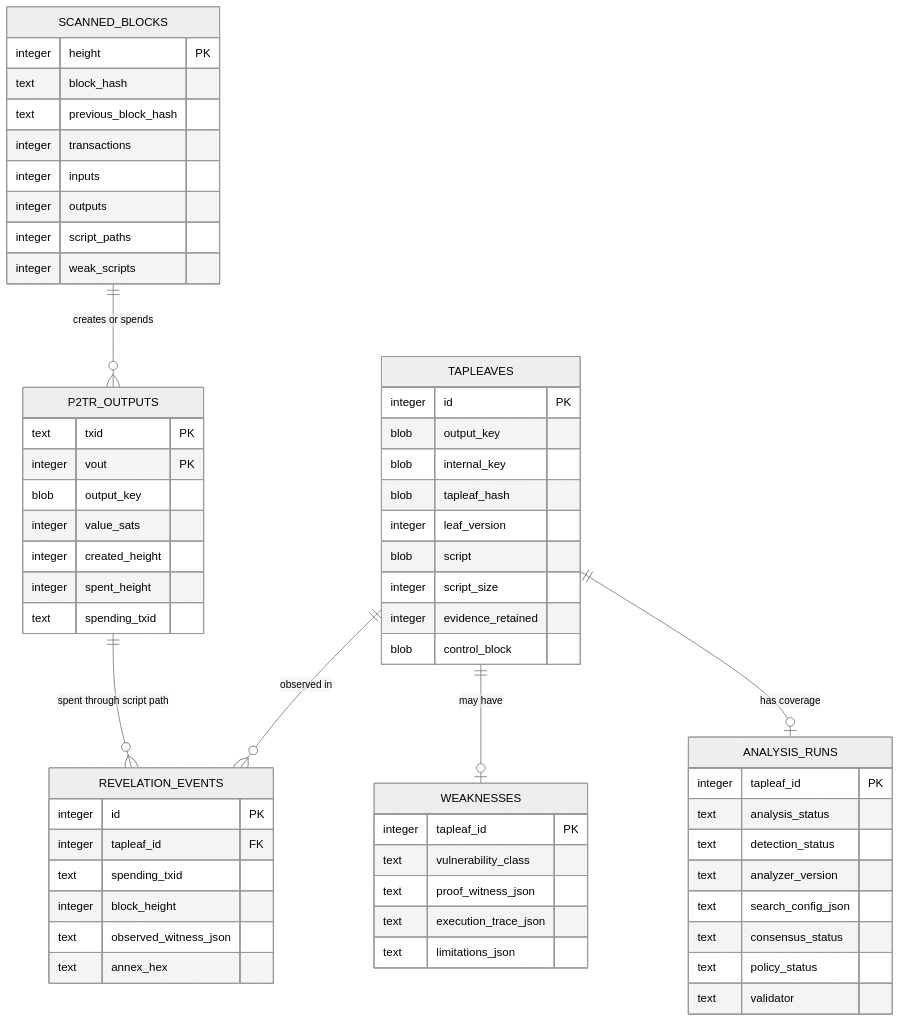
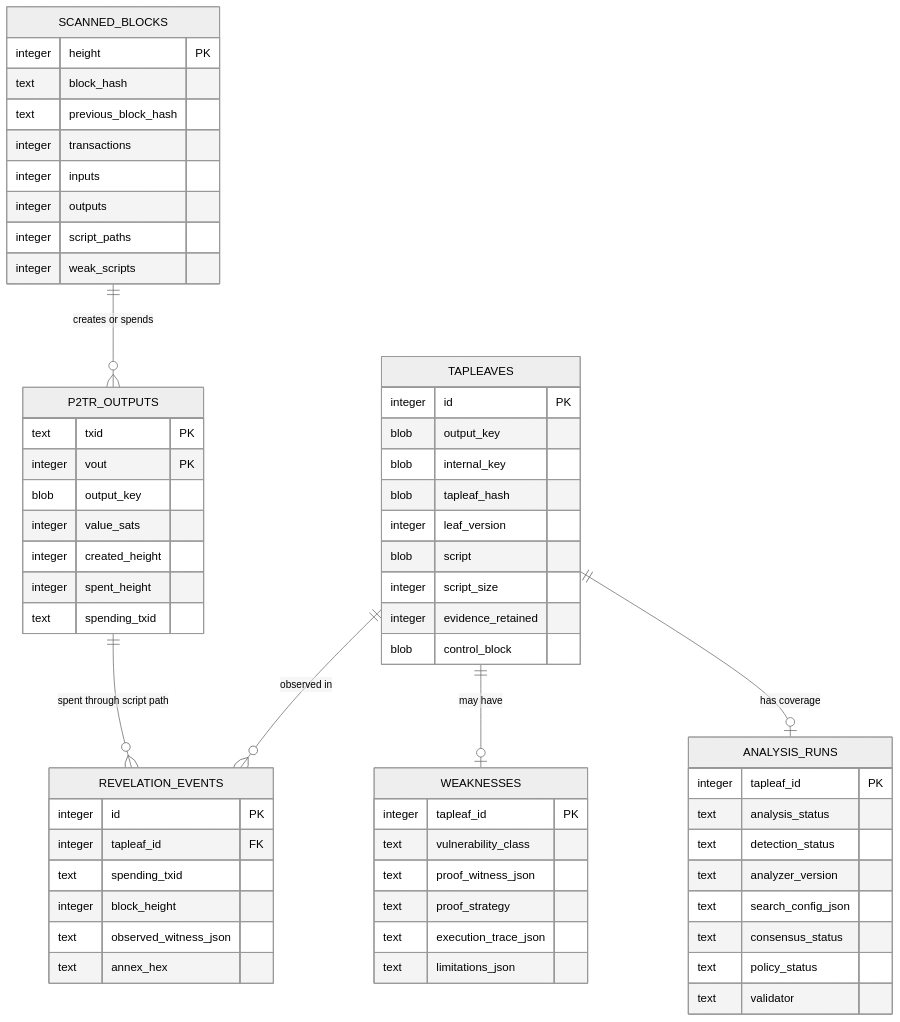
The second of 2 diagrams in docs/architecture.md (smallyunet/tapscript_weak_finder), drawn with Mermaid (neutral theme) before and after one commit. The commit also changed other lines of this file and 5 other files, not shown here.

````diff
--- a/docs/architecture.md
+++ b/docs/architecture.md
@@ -202,69 +206,70 @@
 ```mermaid
 erDiagram
     SCANNED_BLOCKS ||--o{ P2TR_OUTPUTS : "creates or spends"
     P2TR_OUTPUTS ||--o{ REVELATION_EVENTS : "spent through script path"
     TAPLEAVES ||--o{ REVELATION_EVENTS : "observed in"
     TAPLEAVES ||--o| WEAKNESSES : "may have"
     TAPLEAVES ||--o| ANALYSIS_RUNS : "has coverage"
 
     SCANNED_BLOCKS {
         integer height PK
         text block_hash
         text previous_block_hash
         integer transactions
         integer inputs
         integer outputs
         integer script_paths
         integer weak_scripts
     }
 
     P2TR_OUTPUTS {
         text txid PK
         integer vout PK
         blob output_key
         integer value_sats
         integer created_height
         integer spent_height
         text spending_txid
     }
 
     TAPLEAVES {
         integer id PK
         blob output_key
         blob internal_key
         blob tapleaf_hash
         integer leaf_version
         blob script
         integer script_size
         integer evidence_retained
         blob control_block
     }
 
     REVELATION_EVENTS {
         integer id PK
         integer tapleaf_id FK
         text spending_txid
         integer block_height
         text observed_witness_json
         text annex_hex
     }
 
     WEAKNESSES {
         integer tapleaf_id PK
         text vulnerability_class
         text proof_witness_json
+        text proof_strategy
         text execution_trace_json
         text limitations_json
     }
 
     ANALYSIS_RUNS {
         integer tapleaf_id PK
         text analysis_status
         text detection_status
         text analyzer_version
         text search_config_json
         text consensus_status
         text policy_status
         text validator
     }
 ```
````
